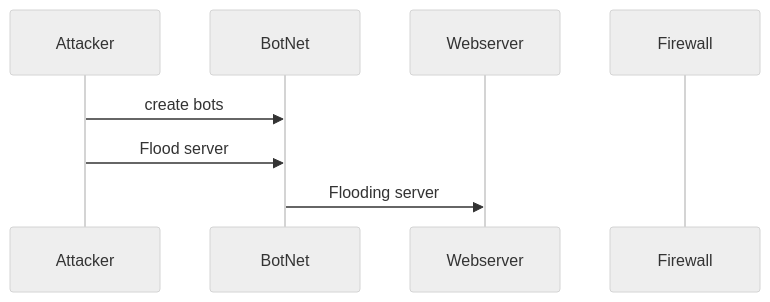
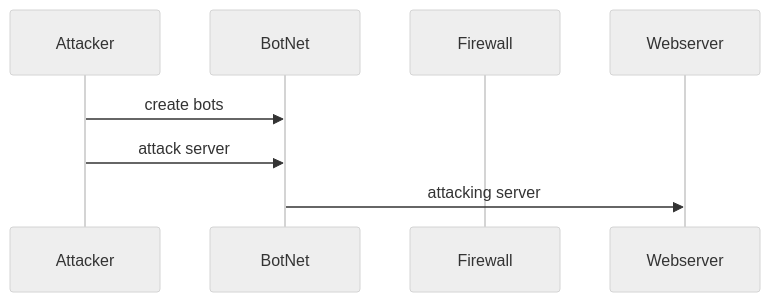
One commit to G-Marotta/Flowchart changed the diagram in DDoS_Attack_Sequence.md. Above: the diagram before and after it, drawn with Mermaid (neutral theme).

````diff
--- a/DDoS_Attack_Sequence.md
+++ b/DDoS_Attack_Sequence.md
@@ -2,10 +2,10 @@
 ```mermaid
 sequenceDiagram
     participant Attacker
     participant BotNet
+    participant Firewall
     participant Webserver
-    participant Firewall
     Attacker->>BotNet: create bots
-    Attacker->>BotNet: Flood server
-    BotNet->>Webserver: Flooding server
+    Attacker->>BotNet: attack server
+    BotNet->>Webserver: attacking server
 ```
````
